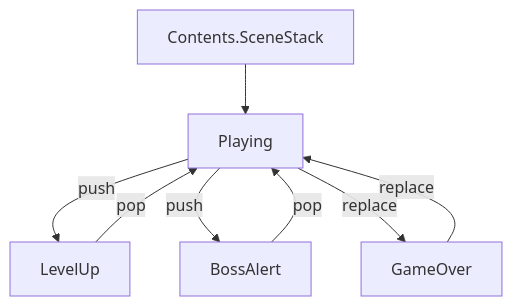
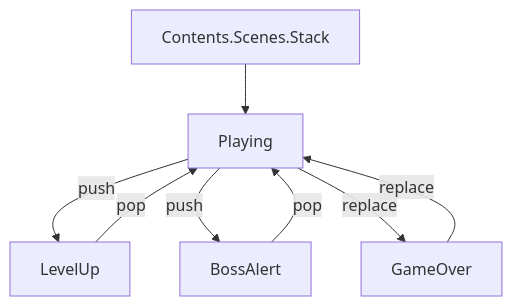
Before and after one commit to FRICK-ELDY/alchemy-engine: the diagram in docs/architecture/elixir/contents/vampire_survivor.md, drawn with Mermaid. The commit also changed 32 other files, not shown here.

Commit message:
refactor(contents): SceneStack を Contents.Scenes.Stack に移行（Phase 2）

````diff
--- a/docs/architecture/elixir/contents/vampire_survivor.md
+++ b/docs/architecture/elixir/contents/vampire_survivor.md
@@ -145,16 +145,16 @@
 ```mermaid
 graph TD
-    SS[Contents.SceneStack]
+    SS[Contents.Scenes.Stack]
     PL[Playing]
     LU[LevelUp]
     BA[BossAlert]
     GO[GameOver]
 
     SS --> PL
     PL -->|push| LU
     PL -->|push| BA
     PL -->|replace| GO
     LU -->|pop| PL
     BA -->|pop| PL
     GO -->|replace| PL
 ```
````
